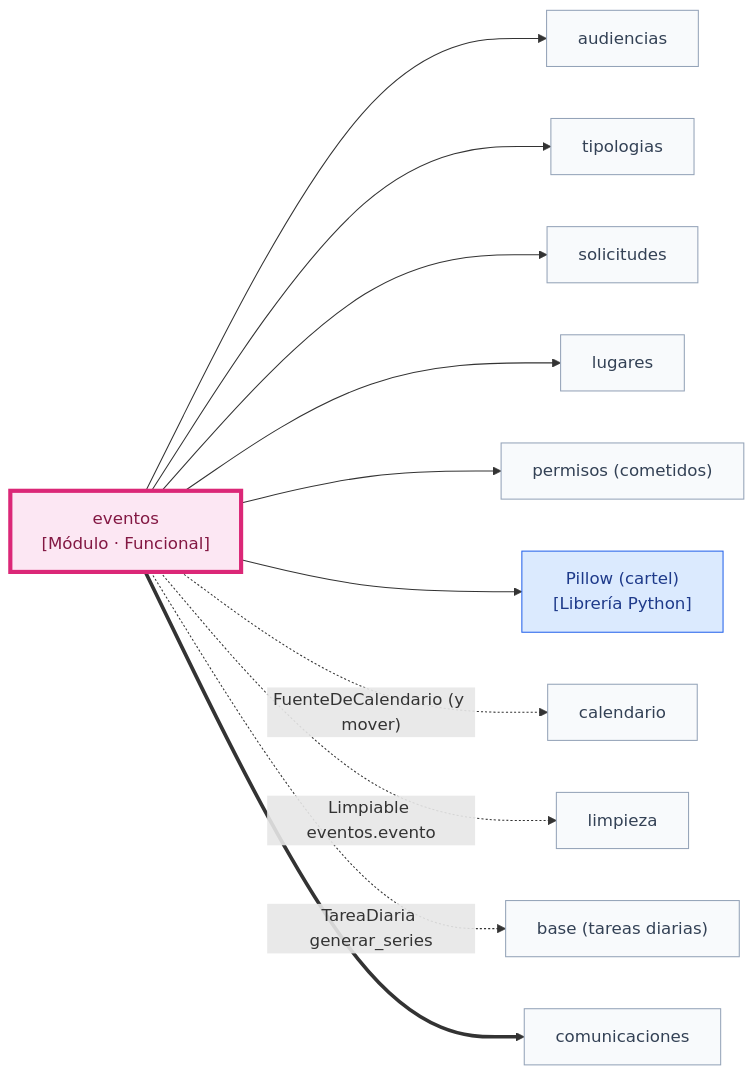
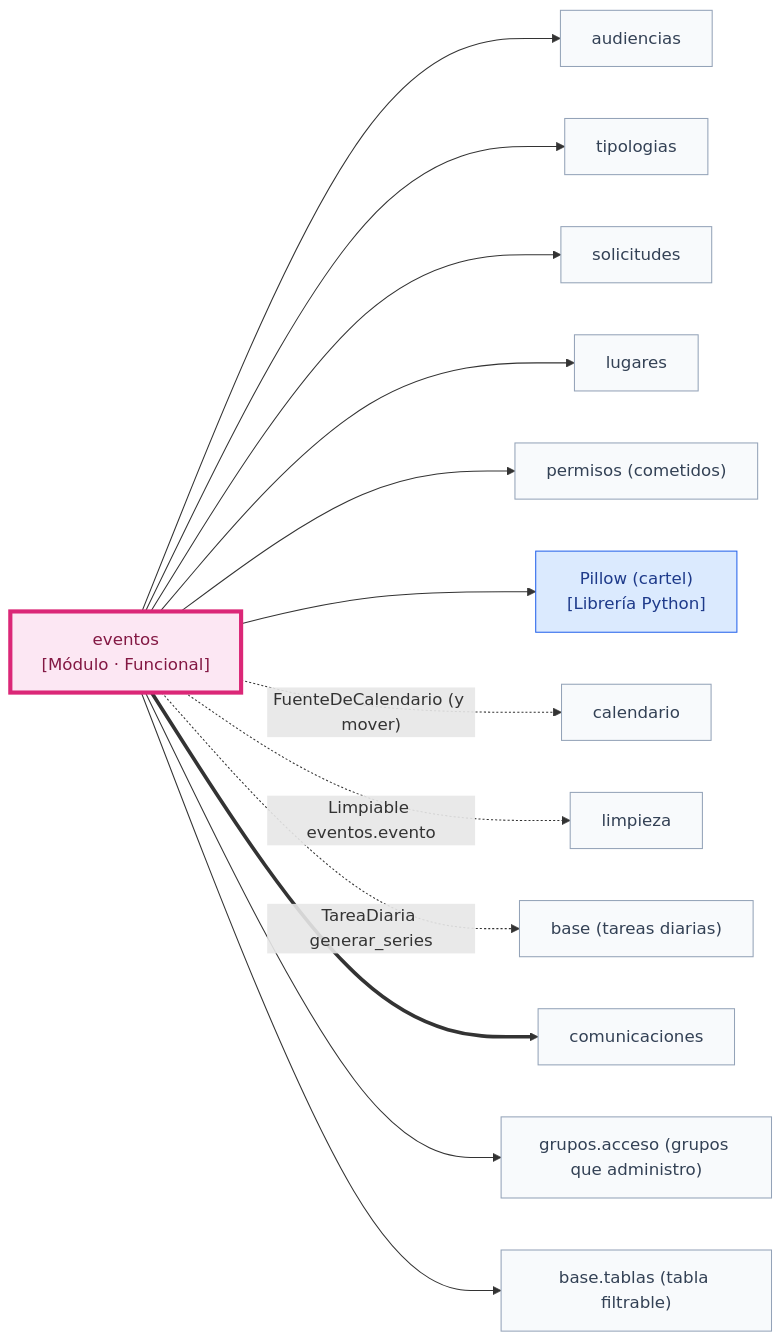
One commit to chemabc/groupy changed diagram 20 of 40 in docs/arquitectura.md. Above: the diagram before and after it, drawn with Mermaid. The commit also changed other lines of this file and 14 other files, not shown here.

First line of the commit message:
Eventos de los grupos que administro y listas de eventos filtrables

````diff
--- a/docs/arquitectura.md
+++ b/docs/arquitectura.md
@@ -624,27 +625,31 @@
 ```mermaid
 flowchart LR
   classDef yo fill:#fce7f3,stroke:#db2777,stroke-width:4px,color:#831843
   classDef otro fill:#f8fafc,stroke:#94a3b8,color:#334155
   classDef libpy fill:#dbeafe,stroke:#2563eb,color:#1e3a8a
   eve["eventos<br/>[Módulo · Funcional]"]:::yo
   aud["audiencias"]:::otro
   tip["tipologias"]:::otro
   sol["solicitudes"]:::otro
   lug["lugares"]:::otro
   per["permisos (cometidos)"]:::otro
   pil["Pillow (cartel)<br/>[Librería Python]"]:::libpy
   cal["calendario"]:::otro
   lim["limpieza"]:::otro
   com["comunicaciones"]:::otro
   base["base (tareas diarias)"]:::otro
   eve --> aud
   eve --> tip
   eve --> sol
   eve --> lug
   eve --> per
   eve --> pil
   eve -. "FuenteDeCalendario (y mover)" .-> cal
   eve -. "Limpiable eventos.evento" .-> lim
   eve -. "TareaDiaria generar_series" .-> base
   eve ==> com
+  gac["grupos.acceso (grupos que administro)"]:::otro
+  tab["base.tablas (tabla filtrable)"]:::otro
+  eve --> gac
+  eve --> tab
 ```
````
